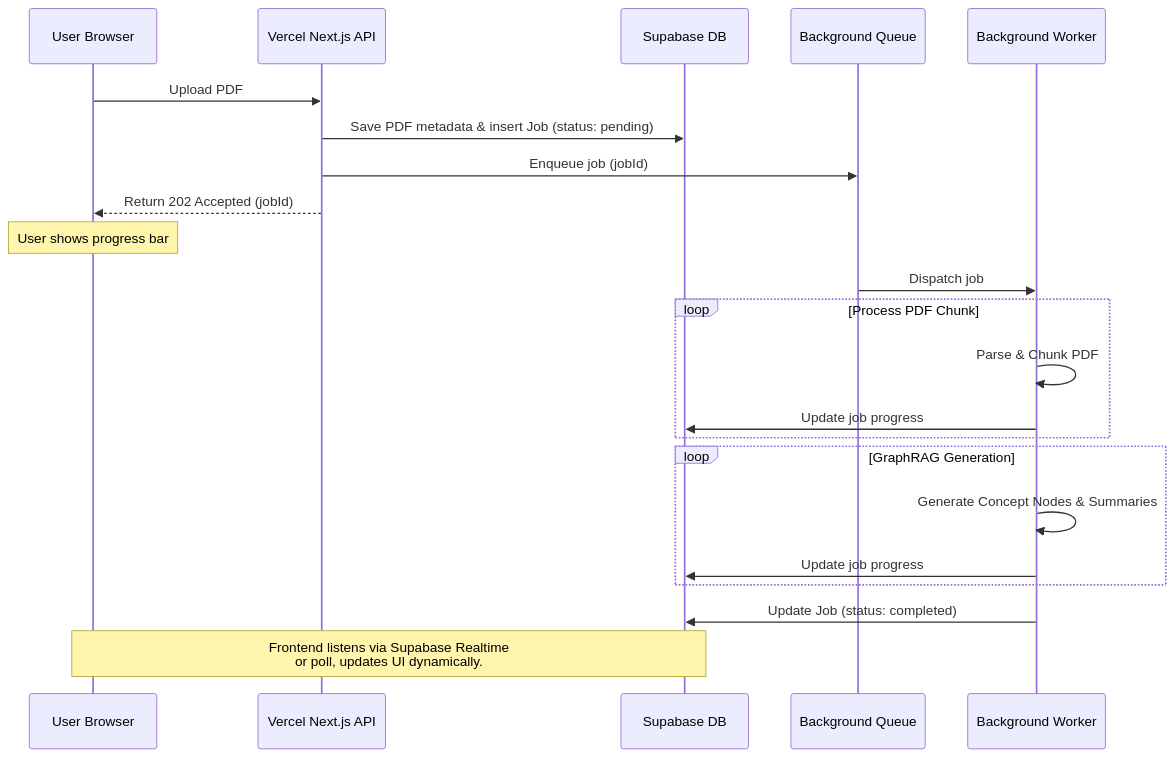
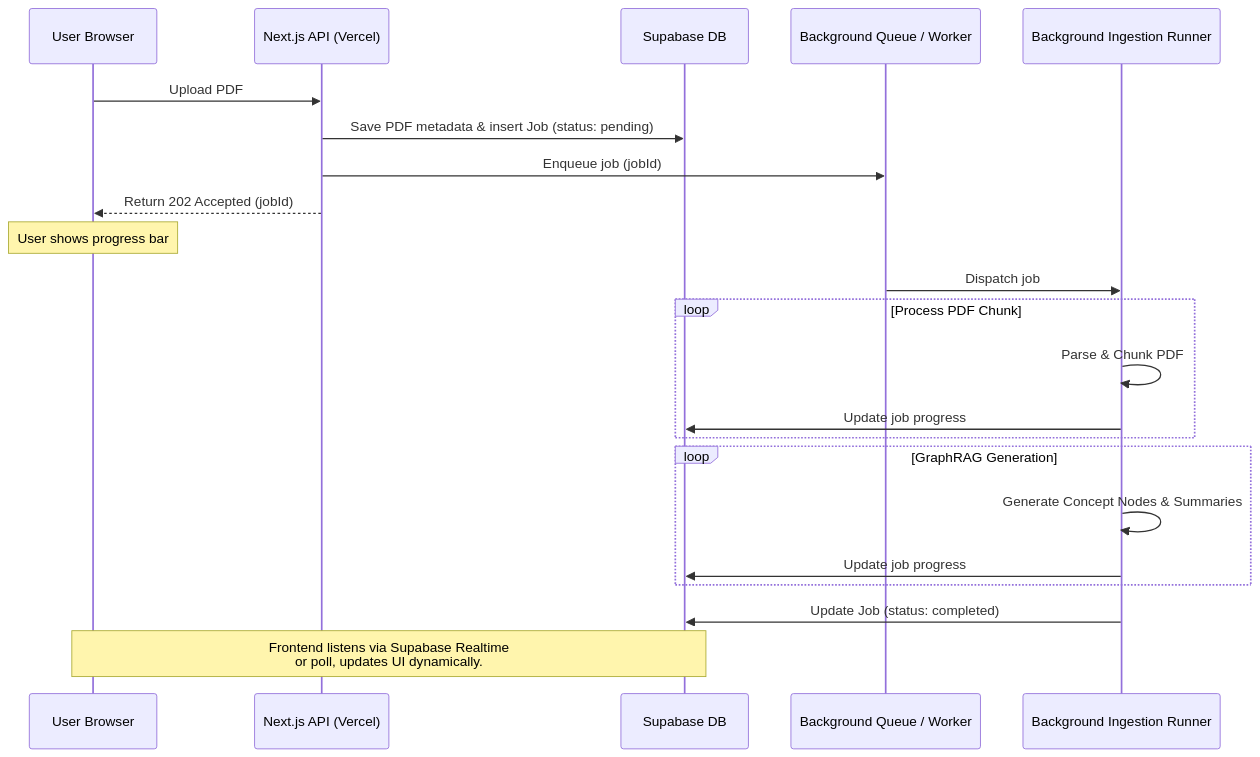
One commit to 69420pm/ai-learning-support-test changed the third of 3 diagrams in specs/system_architecture.md. Above: the diagram before and after it, drawn with Mermaid. The commit also changed other lines of this file and 20 other files, not shown here.

Commit message:
improved sys architecture

````diff
--- a/specs/system_architecture.md
+++ b/specs/system_architecture.md
@@ -104,28 +146,28 @@
 ```mermaid
 sequenceDiagram
     participant User as User Browser
-    participant API as Vercel Next.js API
+    participant API as Next.js API (Vercel)
     participant DB as Supabase DB
-    participant Q as Background Queue
-    participant Worker as Background Worker
+    participant Q as Background Queue / Worker
+    participant Worker as Background Ingestion Runner
 
     User->>API: Upload PDF
     API->>DB: Save PDF metadata & insert Job (status: pending)
     API->>Q: Enqueue job (jobId)
     API-->>User: Return 202 Accepted (jobId)
     
     Note over User: User shows progress bar
     
     Q->>Worker: Dispatch job
     loop Process PDF Chunk
         Worker->>Worker: Parse & Chunk PDF
         Worker->>DB: Update job progress
     end
     loop GraphRAG Generation
         Worker->>Worker: Generate Concept Nodes & Summaries
         Worker->>DB: Update job progress
     end
     Worker->>DB: Update Job (status: completed)
     
     Note over User,DB: Frontend listens via Supabase Realtime<br/>or poll, updates UI dynamically.
 ```
````
